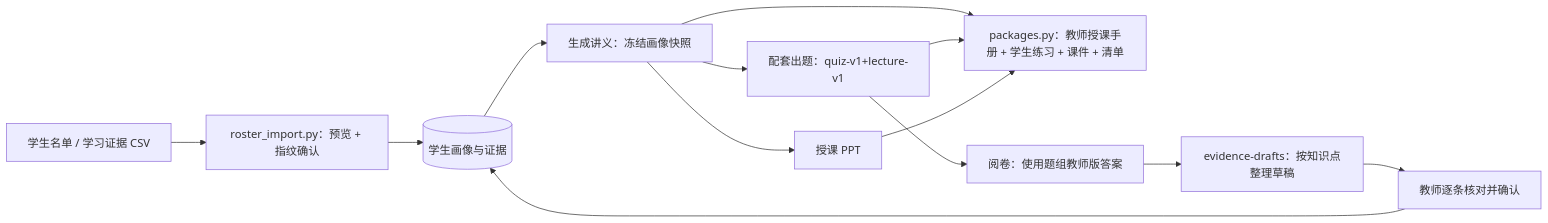
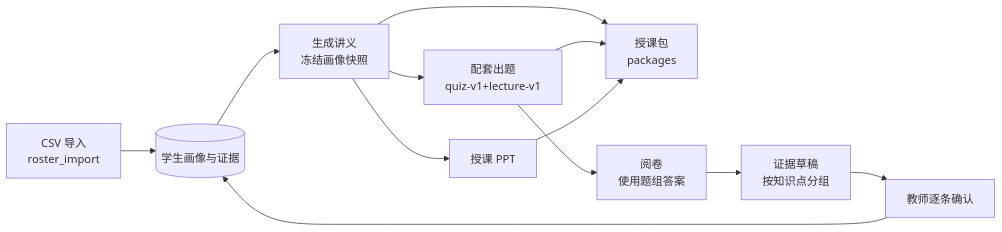
Before and after one commit to qweasdqwe11113-crypto/Personalized-lecture-notes: the third of 5 diagrams in project_map.md, drawn with Mermaid. The commit also changed other lines of this file and 9 other files, not shown here.

First line of the commit message:
精简文档：重写 README 与 project_map，细节移入 docs/features.md，修复图表语法

````diff
--- a/project_map.md
+++ b/project_map.md
@@ -221,15 +133,14 @@
 ```mermaid
 flowchart LR
-    CSV[学生名单 / 学习证据 CSV] --> RI[roster_import.py：预览 + 指纹确认]
-    RI --> PF[(学生画像与证据)]
-    PF --> LEC[生成讲义：冻结画像快照]
-    LEC --> QZ[配套出题：quiz-v1+lecture-v1]
-    LEC --> PPT[授课 PPT]
-    LEC --> PKG[packages.py：教师授课手册 + 学生练习 + 课件 + 清单]
+    CSV["CSV 导入<br/>roster_import"] --> PF[("学生画像与证据")]
+    PF --> LEC["生成讲义<br/>冻结画像快照"]
+    LEC --> QZ["配套出题<br/>quiz-v1+lecture-v1"]
+    LEC --> PPT["授课 PPT"]
+    LEC --> PKG["授课包<br/>packages"]
     QZ --> PKG
     PPT --> PKG
-    QZ --> GR[阅卷：使用题组教师版答案]
-    GR --> DR[evidence-drafts：按知识点整理草稿]
-    DR --> TC[教师逐条核对并确认]
+    QZ --> GR["阅卷<br/>使用题组答案"]
+    GR --> DR["证据草稿<br/>按知识点分组"]
+    DR --> TC["教师逐条确认"]
     TC --> PF
 ```
````
